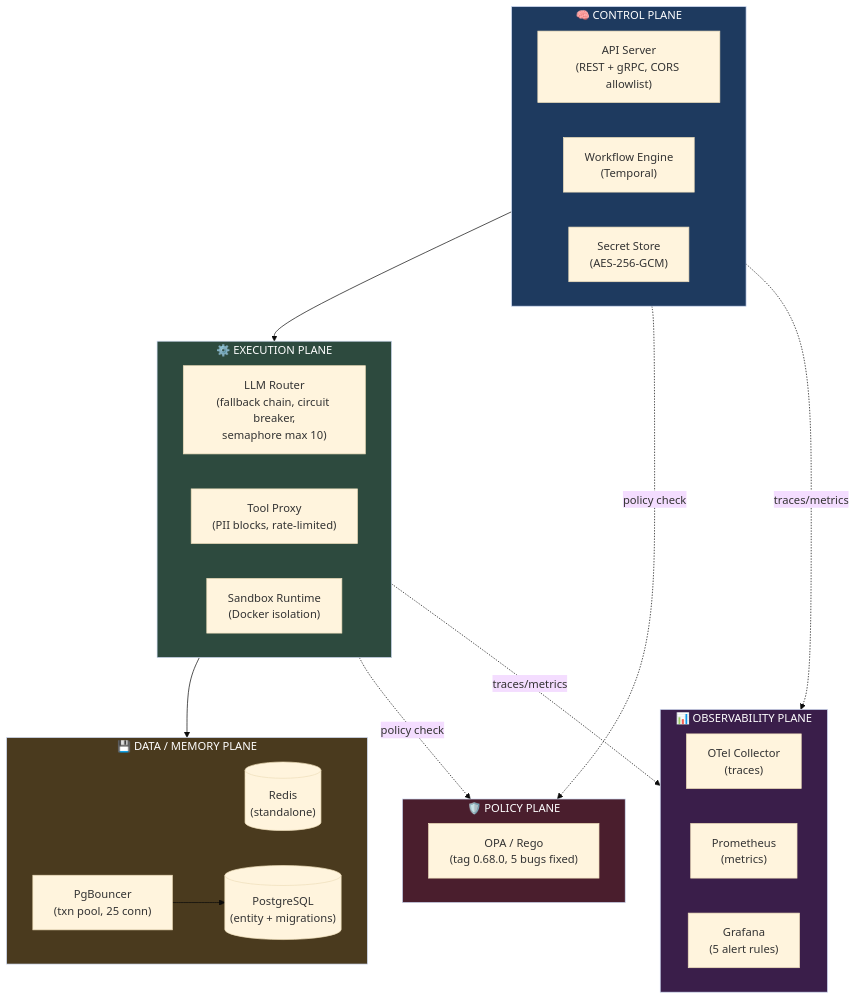
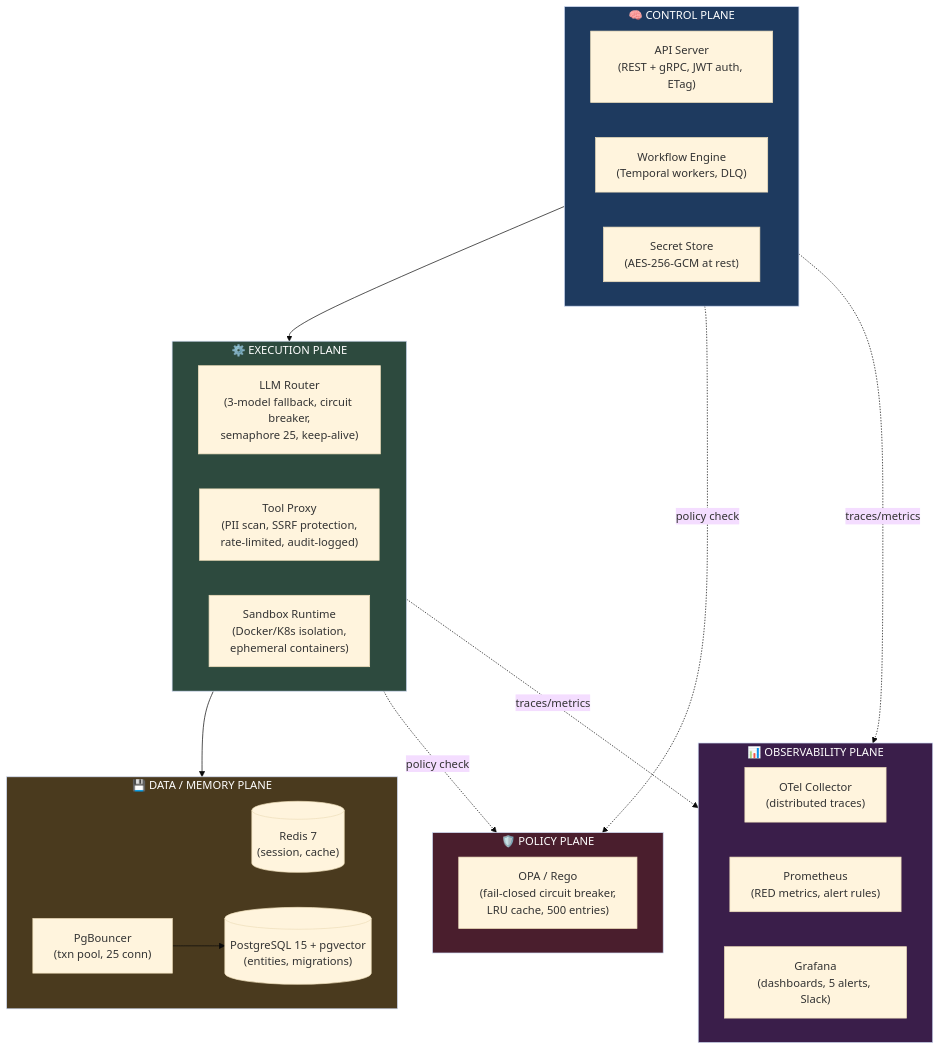
Before and after one commit to Ismail-2001/Enterprise-Grade-Agent-Orchestration-Platform: the diagram in README.md, drawn with Mermaid (base theme). The commit also changed other lines of this file and 8 other files, not shown here.

````diff
--- a/README.md
+++ b/README.md
@@ -92,48 +114,48 @@
 ```mermaid
 flowchart TB
     subgraph CP["🧠 CONTROL PLANE"]
         direction LR
-        API["API Server<br/>(REST + gRPC, CORS allowlist)"]
-        WF["Workflow Engine<br/>(Temporal)"]
-        SEC["Secret Store<br/>(AES-256-GCM)"]
+        API["API Server<br/>(REST + gRPC, JWT auth, ETag)"]
+        WF["Workflow Engine<br/>(Temporal workers, DLQ)"]
+        SEC["Secret Store<br/>(AES-256-GCM at rest)"]
     end
 
     subgraph EP["⚙️ EXECUTION PLANE"]
         direction LR
-        LLM["LLM Router<br/>(fallback chain, circuit breaker,<br/>semaphore max 10)"]
-        TOOL["Tool Proxy<br/>(PII blocks, rate-limited)"]
-        SBX["Sandbox Runtime<br/>(Docker isolation)"]
+        LLM["LLM Router<br/>(3-model fallback, circuit breaker,<br/>semaphore 25, keep-alive)"]
+        TOOL["Tool Proxy<br/>(PII scan, SSRF protection,<br/>rate-limited, audit-logged)"]
+        SBX["Sandbox Runtime<br/>(Docker/K8s isolation,<br/>ephemeral containers)"]
     end
 
     subgraph DP["💾 DATA / MEMORY PLANE"]
         direction LR
-        REDIS[("Redis<br/>(standalone)")]
-        PG[("PostgreSQL<br/>(entity + migrations)")]
+        REDIS[("Redis 7<br/>(session, cache)")]
+        PG[("PostgreSQL 15 + pgvector<br/>(entities, migrations)")]
         PGB["PgBouncer<br/>(txn pool, 25 conn)"]
     end
 
     subgraph PP["🛡️ POLICY PLANE"]
-        OPA["OPA / Rego<br/>(tag 0.68.0, 5 bugs fixed)"]
+        OPA["OPA / Rego<br/>(fail-closed circuit breaker,<br/>LRU cache, 500 entries)"]
     end
 
     subgraph OP["📊 OBSERVABILITY PLANE"]
         direction LR
-        OTEL["OTel Collector<br/>(traces)"]
-        PROM["Prometheus<br/>(metrics)"]
-        GRAF["Grafana<br/>(5 alert rules)"]
+        OTEL["OTel Collector<br/>(distributed traces)"]
+        PROM["Prometheus<br/>(RED metrics, alert rules)"]
+        GRAF["Grafana<br/>(dashboards, 5 alerts, Slack)"]
     end
 
     CP --> EP
     EP --> DP
     PGB --> PG
     CP -.policy check.-> PP
     EP -.policy check.-> PP
     CP -.traces/metrics.-> OP
     EP -.traces/metrics.-> OP
 
     style CP fill:#1e3a5f,color:#fff
     style EP fill:#2d4a3e,color:#fff
     style DP fill:#4a3a1e,color:#fff
     style PP fill:#4a1e2d,color:#fff
     style OP fill:#3a1e4a,color:#fff
 ```
````
